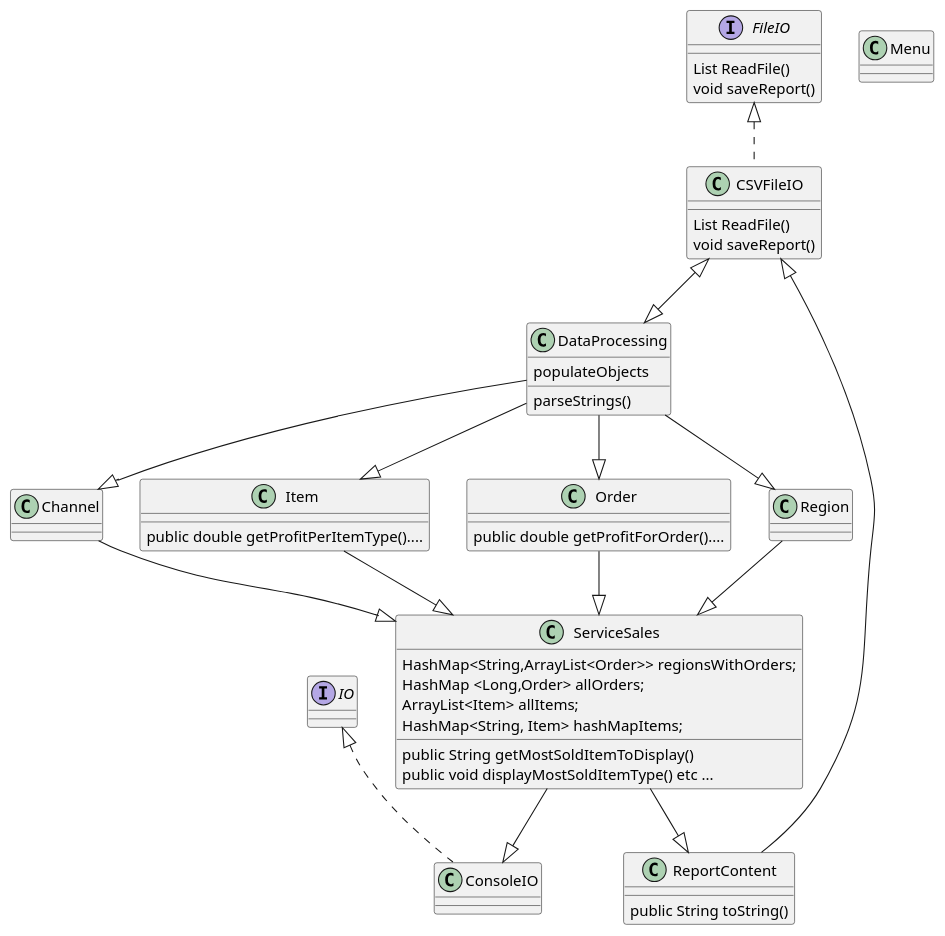
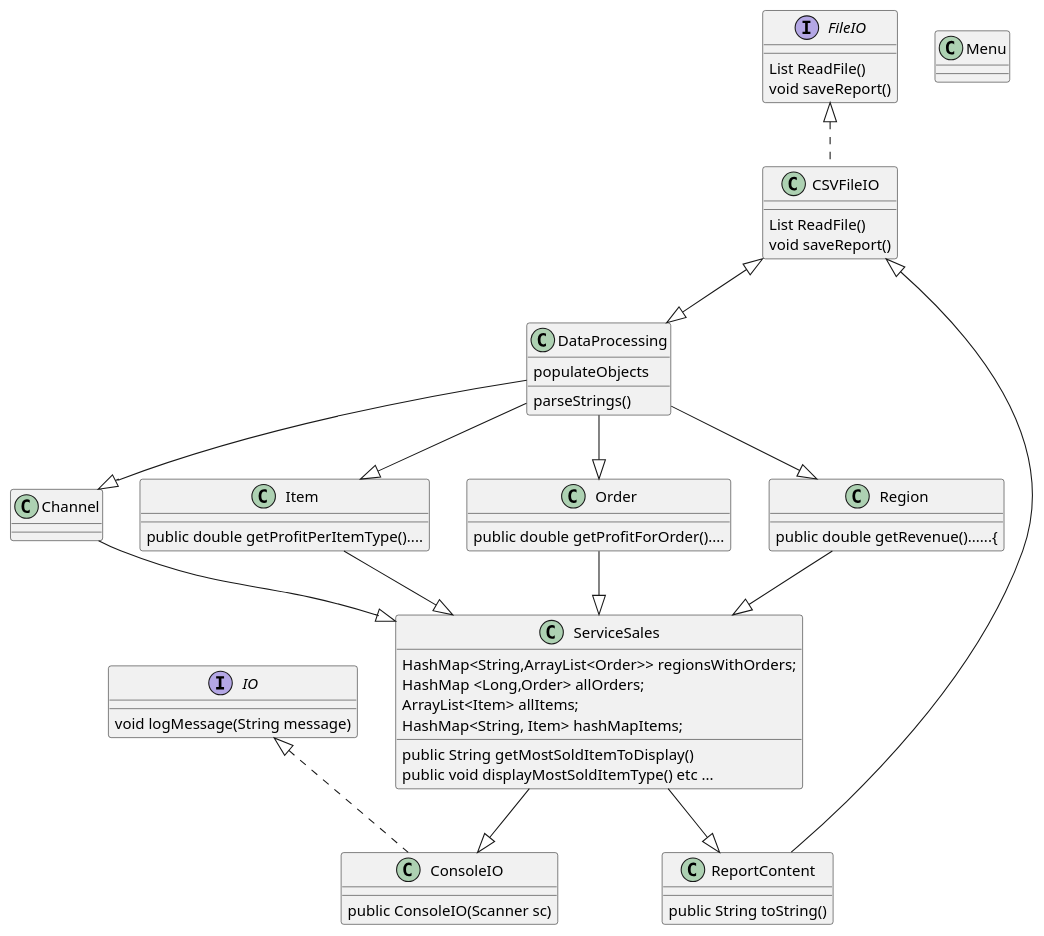
Before and after one commit to TomForsell/ReskillAssignmentOne: the diagram in design/ReskillAssignmentOne - Svetlana & Tom.puml, drawn with PlantUML.

Commit message:
drawing UML

```diff
--- a/design/ReskillAssignmentOne - Svetlana & Tom.puml
+++ b/design/ReskillAssignmentOne - Svetlana & Tom.puml
@@ -1,56 +1,63 @@
 @startuml
 'https://plantuml.com/class-diagram
 
 class Channel
-class ConsoleIO implements IO
+class ConsoleIO implements IO{
+public ConsoleIO(Scanner sc)
+
+}
 class CSVFileIO implements FileIO{
 List ReadFile()
 void saveReport()
 }
 class DataProcessing{
 parseStrings()
 populateObjects
 }
 interface FileIO{
 List ReadFile()
 void saveReport()
 }
 
-interface IO
+interface IO{
+void logMessage(String message)
+}
 class Item{
 public double getProfitPerItemType()....
 
 
 }
 class Menu
 class Order{
 public double getProfitForOrder()....
 }
-class Region
+class Region{
+public double getRevenue()......{
+    }
 class ReportContent{
 public String toString()
 }
 class ServiceSales{
  HashMap<String,ArrayList<Order>> regionsWithOrders;
  HashMap <Long,Order> allOrders;
  ArrayList<Item> allItems;
  HashMap<String, Item> hashMapItems;
   public String getMostSoldItemToDisplay()
   public void displayMostSoldItemType() etc ...
 }
 
 
 CSVFileIO <|-- ReportContent
 CSVFileIO <|--|> DataProcessing
 DataProcessing --|> Order
 Item --|> ServiceSales
 Region --|> ServiceSales
 
 DataProcessing --|> Region
 DataProcessing --|> Item
 DataProcessing --|> Channel
 ServiceSales --|> ReportContent
 ServiceSales --|> ConsoleIO
 Order --|> ServiceSales
 Channel --|> ServiceSales
 @enduml
```
